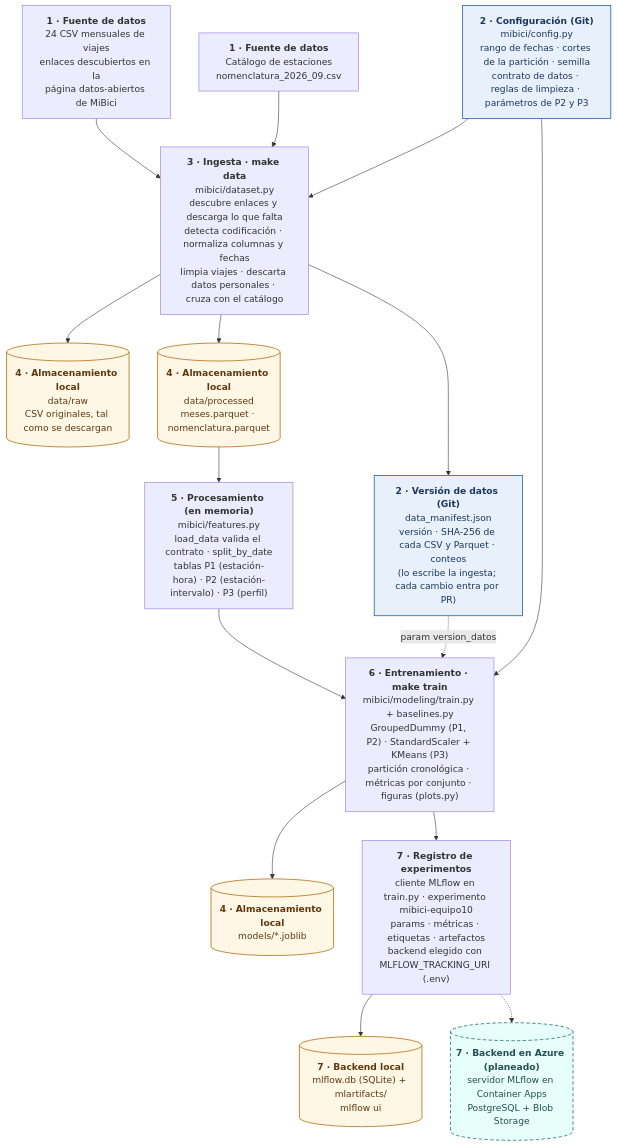
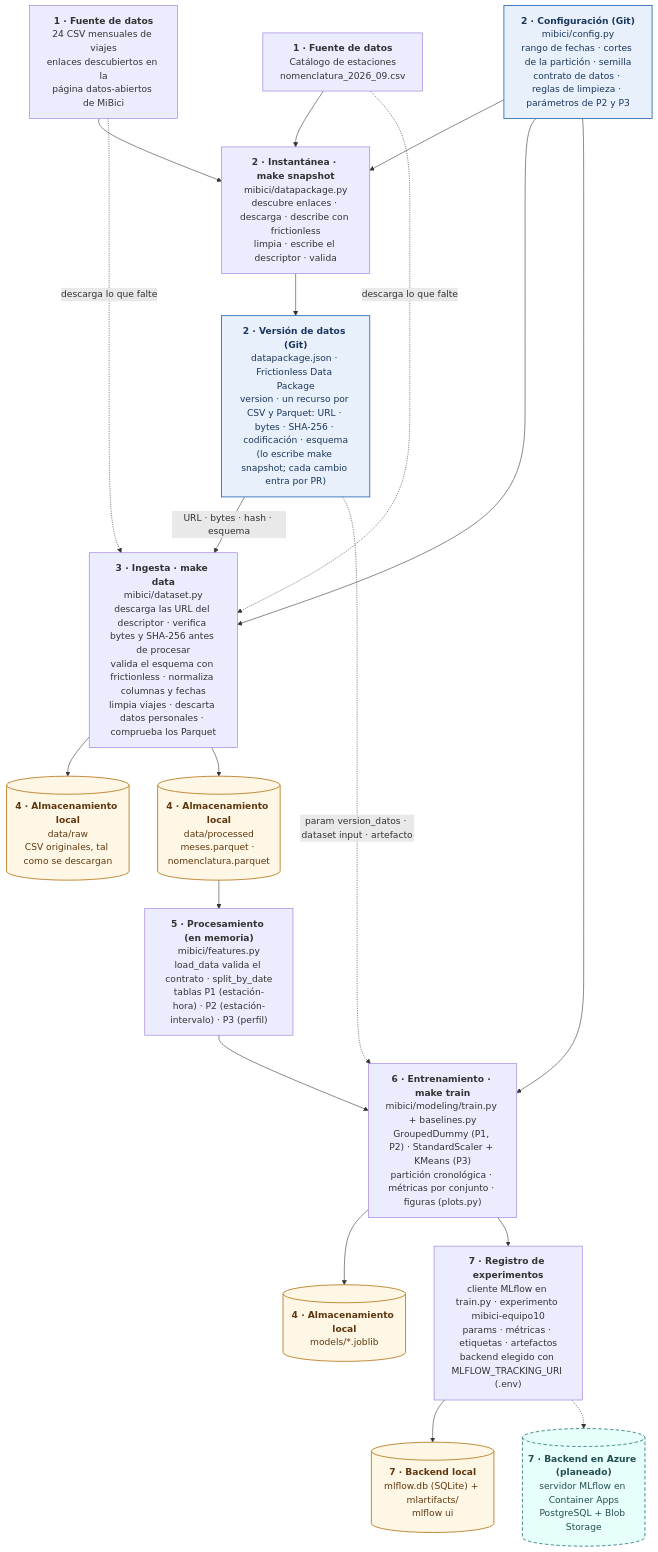
Before and after one commit to WillSagzz/TC5061-Proyecto-Equipo10: the diagram in references/arquitectura.mmd, drawn with Mermaid. The commit also changed 14 other files, not shown here.

First line of the commit message:
feat(datos): versiona los datos con un descriptor Frictionless Data Package (#16)

```diff
--- a/references/arquitectura.mmd
+++ b/references/arquitectura.mmd
@@ -1,44 +1,49 @@
 %% Arquitectura del sistema · Proyecto MiBici · TC5061 Equipo 10
 %% Fuente de la Figura 2 de la Entrega 01. Se exporta a arquitectura.png con mermaid-cli (ver docs/entregas/entrega01/README.md).
 %% Colores: azul = versionado en Git · naranja = almacenamiento local fuera de Git · verde punteado = servidor en Azure planeado.
 flowchart TB
 
   CSV["<b>1 · Fuente de datos</b><br/>24 CSV mensuales de viajes<br/>enlaces descubiertos en la<br/>página datos-abiertos de MiBici"]
   NOM["<b>1 · Fuente de datos</b><br/>Catálogo de estaciones<br/>nomenclatura_2026_09.csv"]
   CFG["<b>2 · Configuración (Git)</b><br/>mibici/config.py<br/>rango de fechas · cortes de la partición · semilla<br/>contrato de datos · reglas de limpieza · parámetros de P2 y P3"]
-  MAN["<b>2 · Versión de datos (Git)</b><br/>data_manifest.json<br/>versión · SHA-256 de cada CSV y Parquet · conteos<br/>(lo escribe la ingesta; cada cambio entra por PR)"]
+  MAN["<b>2 · Versión de datos (Git)</b><br/>datapackage.json · Frictionless Data Package<br/>version · un recurso por CSV y Parquet: URL · bytes · SHA-256 · codificación · esquema<br/>(lo escribe make snapshot; cada cambio entra por PR)"]
+  SNAP["<b>2 · Instantánea · make snapshot</b><br/>mibici/datapackage.py<br/>descubre enlaces · descarga · describe con frictionless<br/>limpia · escribe el descriptor · valida"]
 
-  INGEST["<b>3 · Ingesta · make data</b><br/>mibici/dataset.py<br/>descubre enlaces y descarga lo que falta<br/>detecta codificación · normaliza columnas y fechas<br/>limpia viajes · descarta datos personales · cruza con el catálogo"]
+  INGEST["<b>3 · Ingesta · make data</b><br/>mibici/dataset.py<br/>descarga las URL del descriptor · verifica bytes y SHA-256 antes de procesar<br/>valida el esquema con frictionless · normaliza columnas y fechas<br/>limpia viajes · descarta datos personales · comprueba los Parquet"]
 
   RAW[("<b>4 · Almacenamiento local</b><br/>data/raw<br/>CSV originales, tal como se descargan")]
   PROC[("<b>4 · Almacenamiento local</b><br/>data/processed<br/>meses.parquet · nomenclatura.parquet")]
 
   FEAT["<b>5 · Procesamiento (en memoria)</b><br/>mibici/features.py<br/>load_data valida el contrato · split_by_date<br/>tablas P1 (estación-hora) · P2 (estación-intervalo) · P3 (perfil)"]
 
   TRAIN["<b>6 · Entrenamiento · make train</b><br/>mibici/modeling/train.py + baselines.py<br/>GroupedDummy (P1, P2) · StandardScaler + KMeans (P3)<br/>partición cronológica · métricas por conjunto · figuras (plots.py)"]
   MODELS[("<b>4 · Almacenamiento local</b><br/>models/*.joblib")]
 
   CLIENT["<b>7 · Registro de experimentos</b><br/>cliente MLflow en train.py · experimento mibici-equipo10<br/>params · métricas · etiquetas · artefactos<br/>backend elegido con MLFLOW_TRACKING_URI (.env)"]
   LOCAL[("<b>7 · Backend local</b><br/>mlflow.db (SQLite) + mlartifacts/<br/>mlflow ui")]
   AZURE[("<b>7 · Backend en Azure (planeado)</b><br/>servidor MLflow en Container Apps<br/>PostgreSQL + Blob Storage")]
 
-  CSV --> INGEST
-  NOM --> INGEST
+  CSV --> SNAP
+  NOM --> SNAP
+  CFG --> SNAP
+  SNAP --> MAN
+  MAN -- "URL · bytes · hash · esquema" --> INGEST
+  CSV -. "descarga lo que falte" .-> INGEST
+  NOM -. "descarga lo que falte" .-> INGEST
   CFG --> INGEST
   INGEST --> RAW
   INGEST --> PROC
-  INGEST --> MAN
   PROC --> FEAT --> TRAIN
   CFG --> TRAIN
-  MAN -. "param version_datos" .-> TRAIN
+  MAN -. "param version_datos · dataset input · artefacto" .-> TRAIN
   TRAIN --> MODELS
   TRAIN --> CLIENT
   CLIENT --> LOCAL
   CLIENT -.-> AZURE
 
   classDef git fill:#e8f1fb,stroke:#2b6cb0,stroke-width:1.5px,color:#1a365d
   classDef local fill:#fff7e6,stroke:#b7791f,stroke-width:1.5px,color:#5f370e
   classDef cloud fill:#e6fffa,stroke:#2c7a7b,stroke-width:1.5px,color:#234e52,stroke-dasharray:6 4
   class CFG,MAN git
   class RAW,PROC,MODELS,LOCAL local
   class AZURE cloud
```
